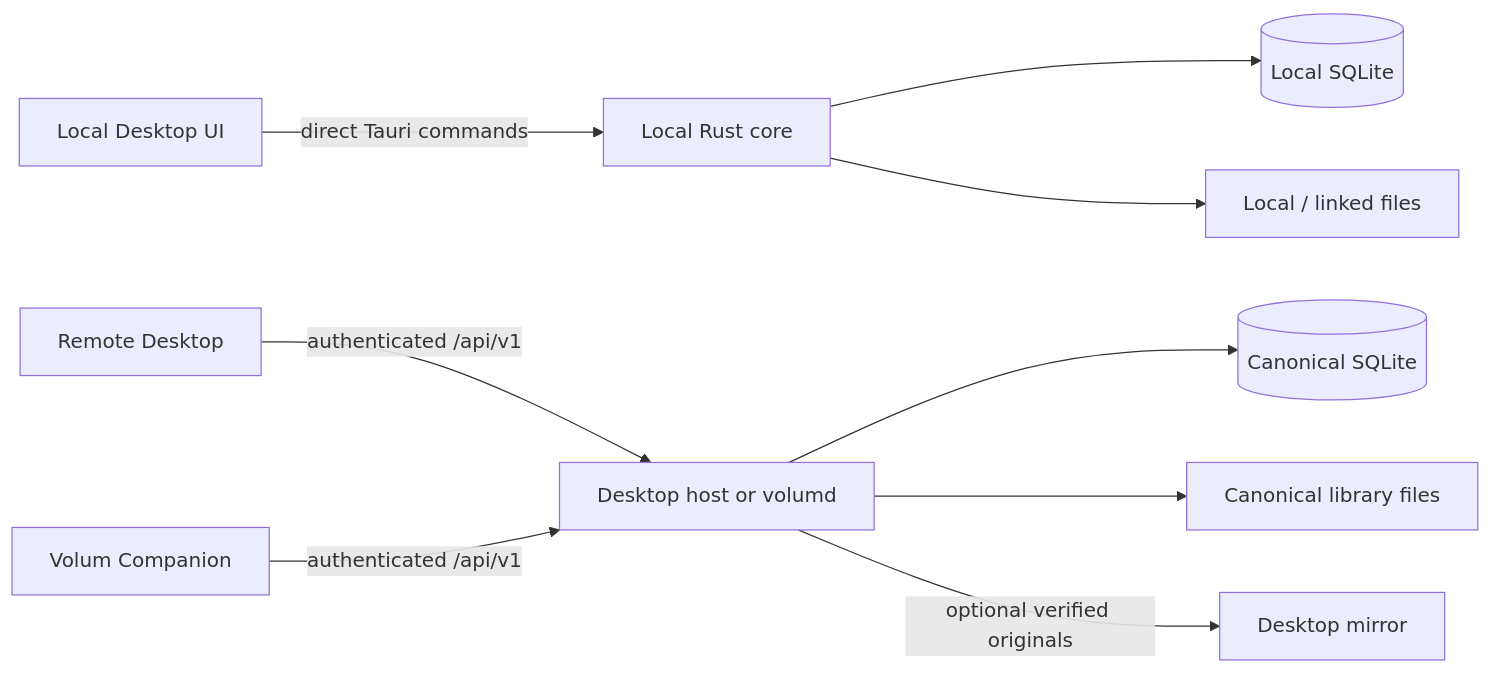
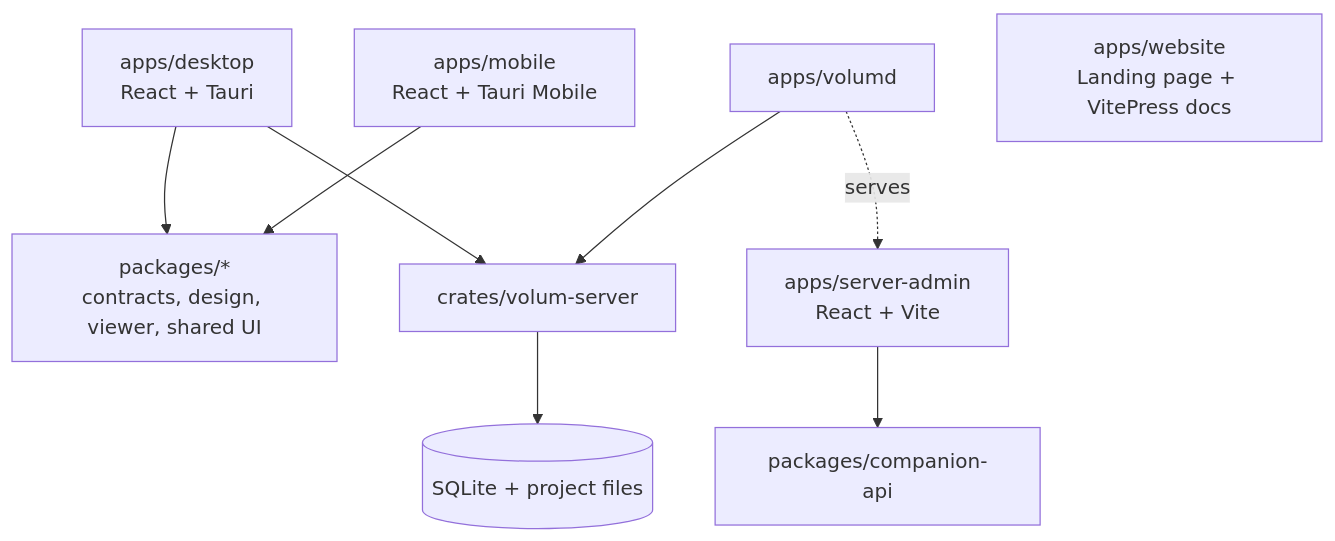
Before and after one commit to sabatesduran/volum: the diagram in README.md, drawn with Mermaid. The commit also changed other lines of this file and 679 other files, not shown here.

Commit message:
Complete companion server and mobile release

````diff
--- a/README.md
+++ b/README.md
@@ -28,12 +81,13 @@
 ```mermaid
-flowchart LR
-    LD[Local Desktop UI] -->|direct Tauri commands| LC[Local Rust core]
-    LC --> LDB[(Local SQLite)]
-    LC --> LF[Local / linked files]
+flowchart TB
+    Desktop[apps/desktop<br/>React + Tauri] --> Shared[packages/*<br/>contracts, design, viewer, shared UI]
+    Mobile[apps/mobile<br/>React + Tauri Mobile] --> Shared
+    Admin[apps/server-admin<br/>React + Vite] --> Contracts[packages/companion-api]
 
-    RD[Remote Desktop] -->|authenticated /api/v1| S[Desktop host or volumd]
-    M[Volum Companion] -->|authenticated /api/v1| S
-    S --> SDB[(Canonical SQLite)]
-    S --> SF[Canonical library files]
-    S -->|optional verified originals| MR[Desktop mirror]
+    Desktop --> Core[crates/volum-server]
+    Daemon[apps/volumd] --> Core
+    Core --> Data[(SQLite + project files)]
+    Daemon -. serves .-> Admin
+
+    Website[apps/website<br/>Landing page + VitePress docs]
 ```
````
